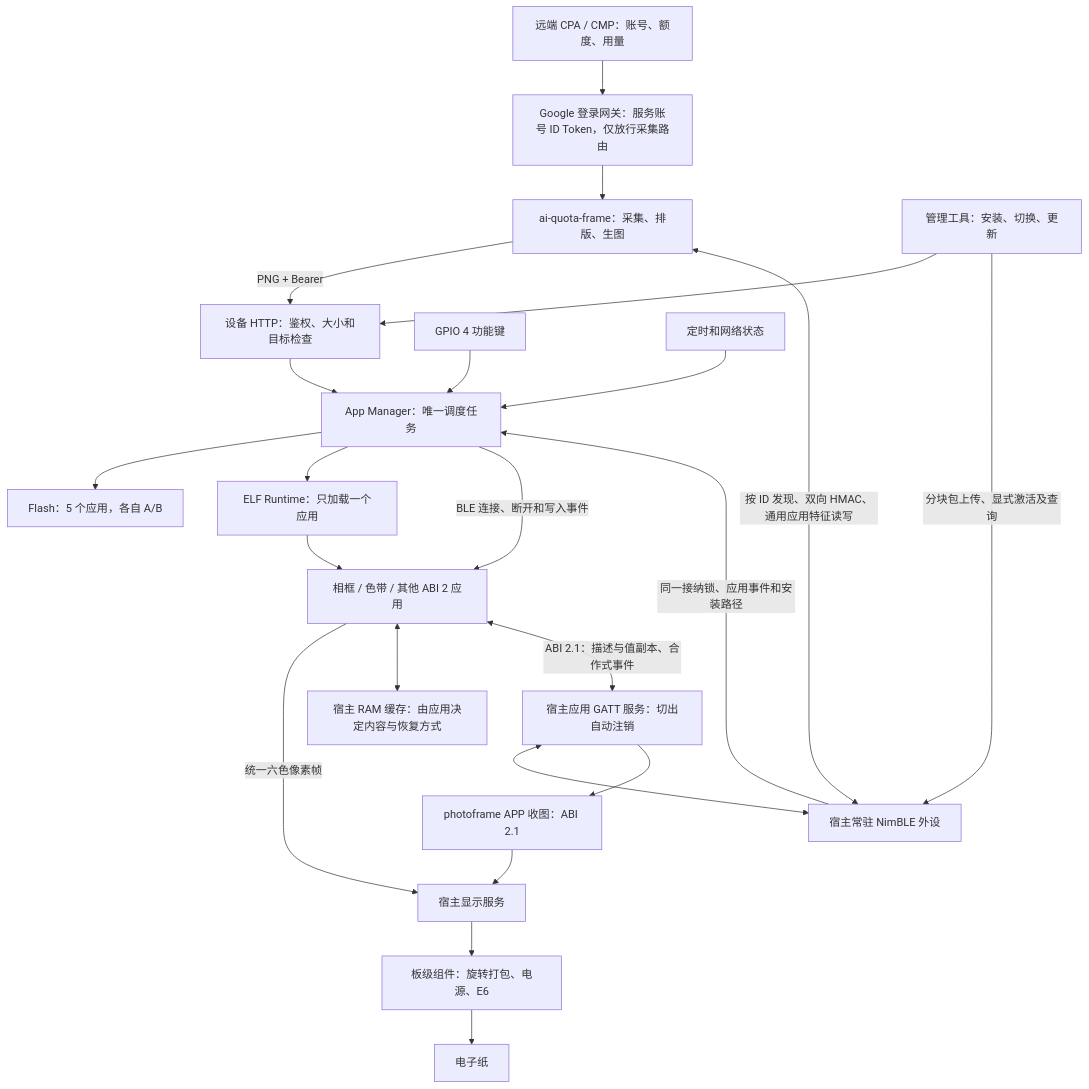
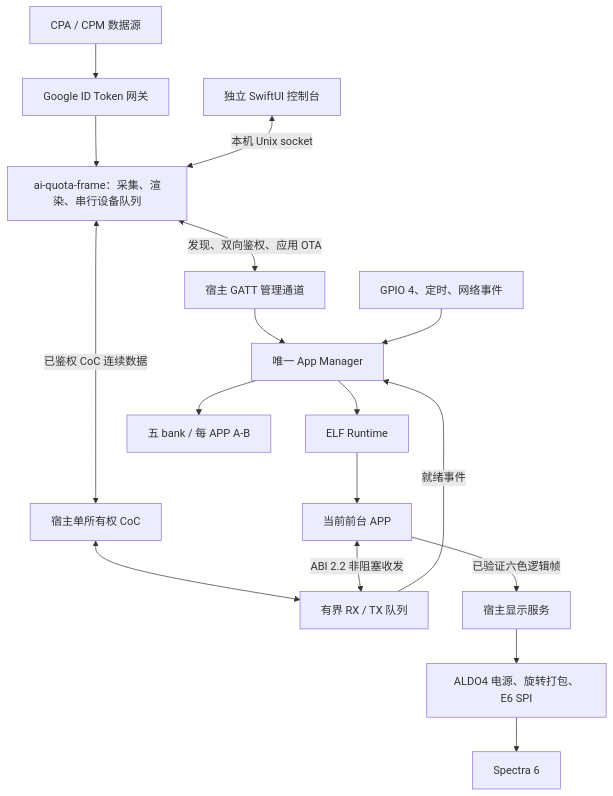
The diagram in ARCHITECTURE.md (M1nt-Ch0c0/esp32s3), drawn with Mermaid before and after one commit. The commit also changed other lines of this file and 23 other files, not shown here.

````diff
--- a/ARCHITECTURE.md
+++ b/ARCHITECTURE.md
@@ -20,25 +19,19 @@
 ```mermaid
 flowchart TB
-    API[远端 CPA / CMP：账号、额度、用量] --> Gateway[Google 登录网关：服务账号 ID Token，仅放行采集路由]
-    Gateway --> PC[ai-quota-frame：采集、排版、生图]
-    PC -->|PNG + Bearer| HTTP[设备 HTTP：鉴权、大小和目标检查]
-    CLI[管理工具：安装、切换、更新] --> HTTP
-    PC <-->|按 ID 发现、双向 HMAC、通用应用特征读写| BLE[宿主常驻 NimBLE 外设]
-    CLI -->|分块包上传、显式激活及查询| BLE
-    HTTP --> Manager[App Manager：唯一调度任务]
-    BLE -->|同一接纳锁、应用事件和安装路径| Manager
-    Key[GPIO 4 功能键] --> Manager
-    Events[定时和网络状态] --> Manager
-    Manager --> Catalog[Flash：5 个应用，各自 A/B]
-    Manager --> Loader[ELF Runtime：只加载一个应用]
-    Loader --> App[相框 / 色带 / 其他 ABI 2 应用]
-    App -->|统一六色像素帧| Services[宿主显示服务]
-    Services --> Board[板级组件：旋转打包、电源、E6]
-    Board --> Panel[电子纸]
-    App <--> Cache[宿主 RAM 缓存：由应用决定内容与恢复方式]
-    App <-->|ABI 2.1：描述与值副本、合作式事件| AppBLE[宿主应用 GATT 服务：切出自动注销]
-    AppBLE <--> BLE
-    AppBLE --> AppRx[photoframe APP 收图：ABI 2.1]
-    AppRx --> Services
-    Manager -->|BLE 连接、断开和写入事件| App
+    Cloud[CPA / CPM 数据源] --> Gateway[Google ID Token 网关]
+    Gateway --> Backend[ai-quota-frame：采集、渲染、串行设备队列]
+    GUI[独立 SwiftUI 控制台] <-->|本机 Unix socket| Backend
+    Backend <-->|发现、双向鉴权、应用 OTA| GATT[宿主 GATT 管理通道]
+    Backend <-->|已鉴权 CoC 连续数据| COC[宿主单所有权 CoC]
+    GATT --> Manager[唯一 App Manager]
+    COC <--> Queue[有界 RX / TX 队列]
+    Queue -->|就绪事件| Manager
+    Key[GPIO 4、定时、网络事件] --> Manager
+    Manager --> Runtime[ELF Runtime]
+    Runtime --> App[当前前台 APP]
+    App <-->|ABI 2.2 非阻塞收发| Queue
+    App -->|已验证六色逻辑帧| Display[宿主显示服务]
+    Display --> Board[ALDO4 电源、旋转打包、E6 SPI]
+    Board --> Panel[Spectra 6]
+    Manager --> Catalog[五 bank / 每 APP A-B]
 ```
````
